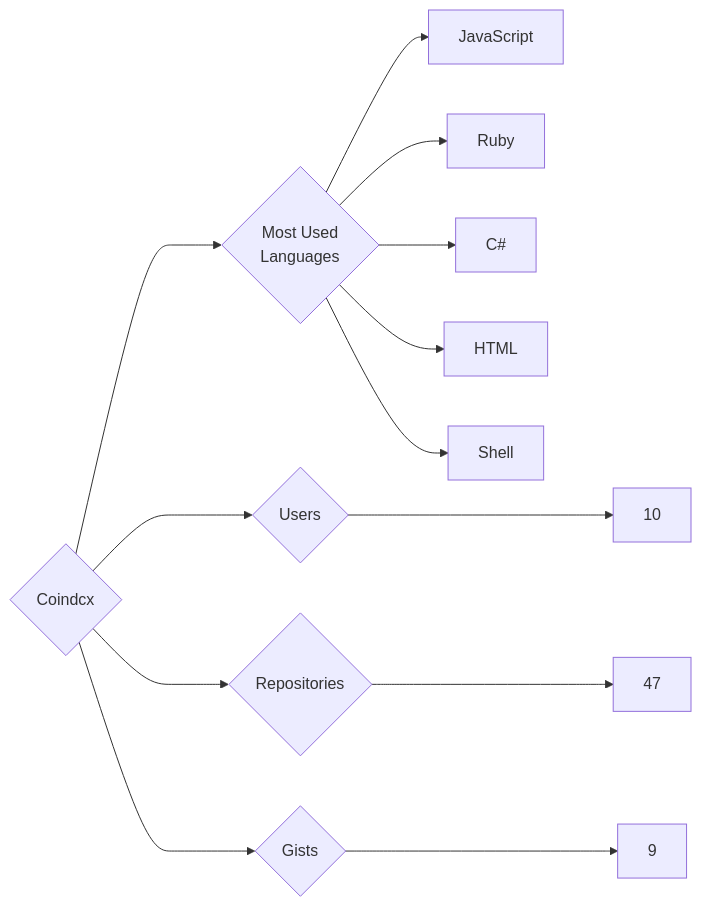
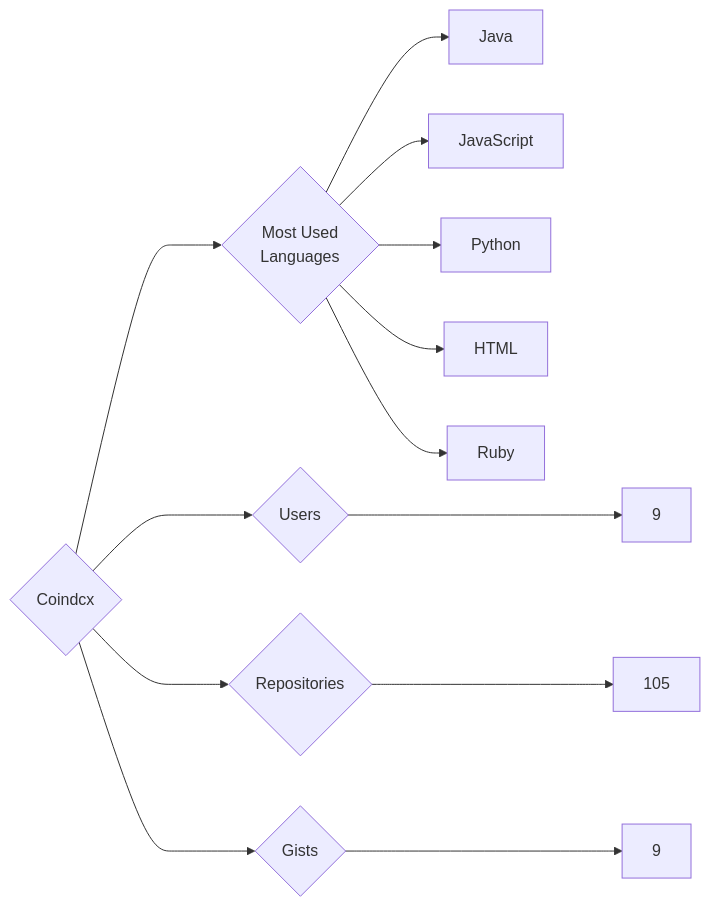
One commit to trickest/insiders changed the diagram in targets/Coindcx/README.md. Above: the diagram before and after it, drawn with Mermaid. The commit also changed 1238 other files, not shown here.

````diff
--- a/targets/Coindcx/README.md
+++ b/targets/Coindcx/README.md
@@ -3,13 +3,13 @@
 ```mermaid
 graph LR
 COMPANY_NAME{Coindcx}
-COMPANY_NAME ---> U{Users} ---> UN[10]
-COMPANY_NAME ---> R{Repositories} ---> RN[47]
+COMPANY_NAME ---> U{Users} ---> UN[9]
+COMPANY_NAME ---> R{Repositories} ---> RN[105]
 COMPANY_NAME ---> G{Gists} ---> GN[9]
 COMPANY_NAME ---> ML{Most Used<br>Languages}
+ML --> Java[Java]
 ML --> JavaScript[JavaScript]
+ML --> Python[Python]
+ML --> HTML[HTML]
 ML --> Ruby[Ruby]
-ML --> C#[C#]
-ML --> HTML[HTML]
-ML --> Shell[Shell]
 ```
````
